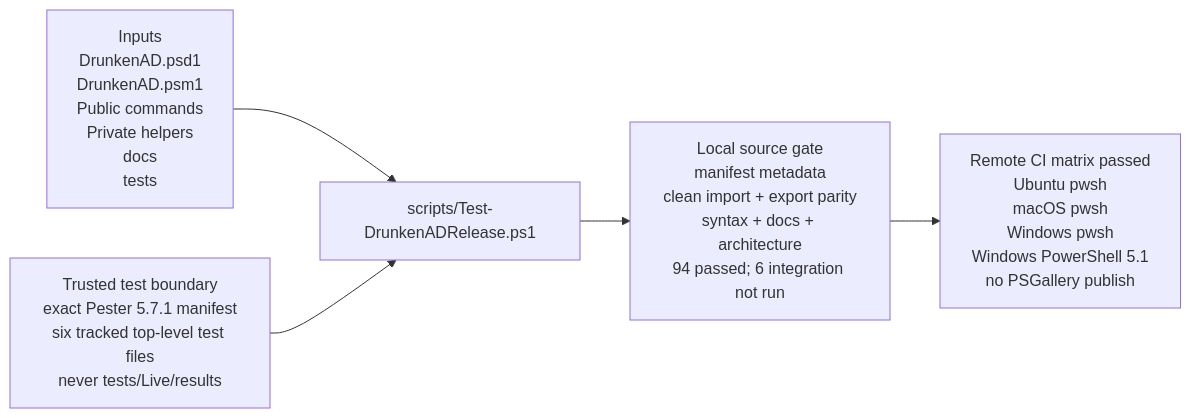
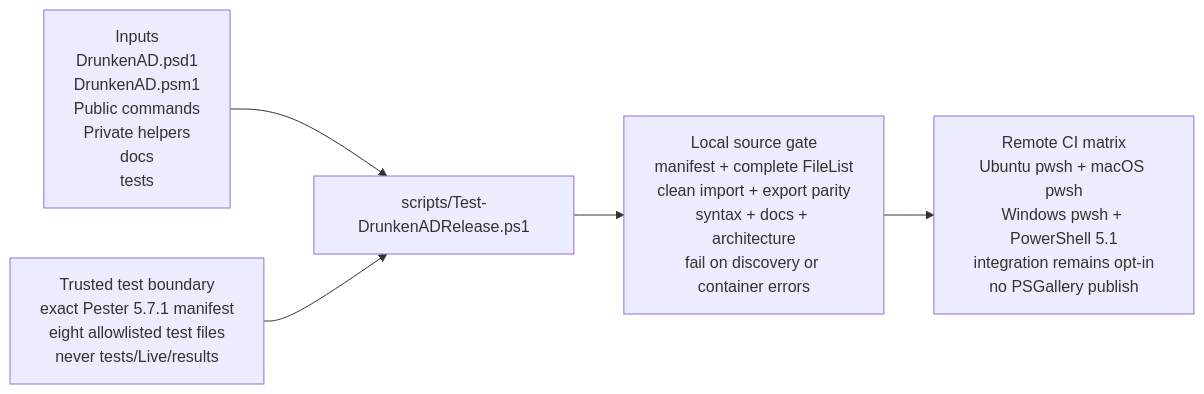
One commit to jonathanweinberg/DrunkenAD changed the eighth of 8 diagrams in docs/DIAGRAMS.md. Above: the diagram before and after it, drawn with Mermaid. The commit also changed other lines of this file and 17 other files, not shown here.

First line of the commit message:
docs: adjudicate October review and refresh write-flow visuals

````diff
--- a/docs/DIAGRAMS.md
+++ b/docs/DIAGRAMS.md
@@ -185,13 +186,13 @@
 ```mermaid
 flowchart LR
     INPUTS["Inputs<br/>DrunkenAD.psd1<br/>DrunkenAD.psm1<br/>Public commands<br/>Private helpers<br/>docs<br/>tests"]
-    TRUST["Trusted test boundary<br/>exact Pester 5.7.1 manifest<br/>six tracked top-level test files<br/>never tests/Live/results"]
+    TRUST["Trusted test boundary<br/>exact Pester 5.7.1 manifest<br/>eight allowlisted test files<br/>never tests/Live/results"]
     SCRIPT["scripts/Test-DrunkenADRelease.ps1"]
-    CHECKS["Local source gate<br/>manifest metadata<br/>clean import + export parity<br/>syntax + docs + architecture<br/>94 passed; 6 integration not run"]
-    CI["Remote CI matrix passed<br/>Ubuntu pwsh<br/>macOS pwsh<br/>Windows pwsh<br/>Windows PowerShell 5.1<br/>no PSGallery publish"]
+    CHECKS["Local source gate<br/>manifest + complete FileList<br/>clean import + export parity<br/>syntax + docs + architecture<br/>fail on discovery or container errors"]
+    CI["Remote CI matrix<br/>Ubuntu pwsh + macOS pwsh<br/>Windows pwsh + PowerShell 5.1<br/>integration remains opt-in<br/>no PSGallery publish"]
 
     INPUTS --> SCRIPT
     TRUST --> SCRIPT
     SCRIPT --> CHECKS
     CHECKS --> CI
 ```
````
